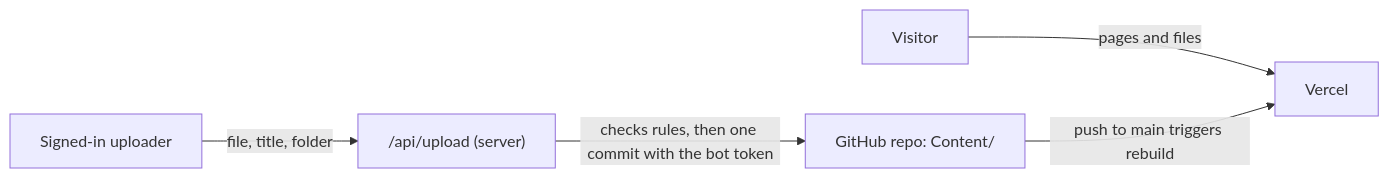
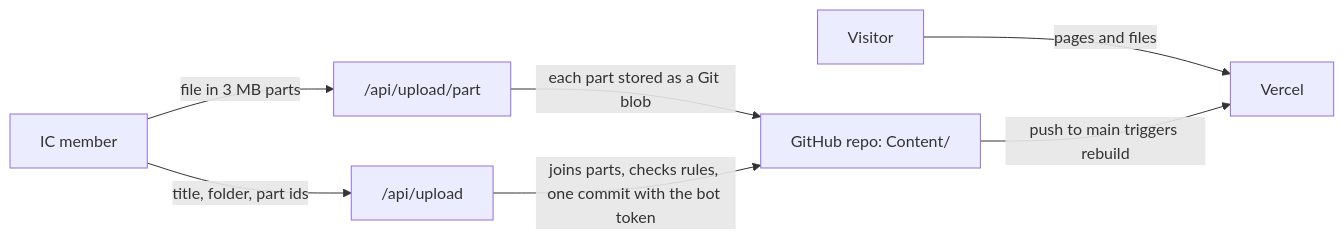
Before and after one commit to Harsh-Kapadiya/ICDMS: the diagram in README.md, drawn with Mermaid. The commit also changed other lines of this file and 15 other files, not shown here.

````diff
--- a/README.md
+++ b/README.md
@@ -15,7 +16,9 @@
 ```mermaid
 flowchart LR
   V["Visitor"] -- "pages and files" --> H["Vercel"]
-  U["Signed-in uploader"] -- "file, title, folder" --> R["/api/upload (server)"]
-  R -- "checks rules, then one commit with the bot token" --> G["GitHub repo: Content/"]
+  U["IC member"] -- "file in 3 MB parts" --> P["/api/upload/part"]
+  P -- "each part stored as a Git blob" --> G["GitHub repo: Content/"]
+  U -- "title, folder, part ids" --> R["/api/upload"]
+  R -- "joins parts, checks rules, one commit with the bot token" --> G
   G -- "push to main triggers rebuild" --> H
 ```
````
